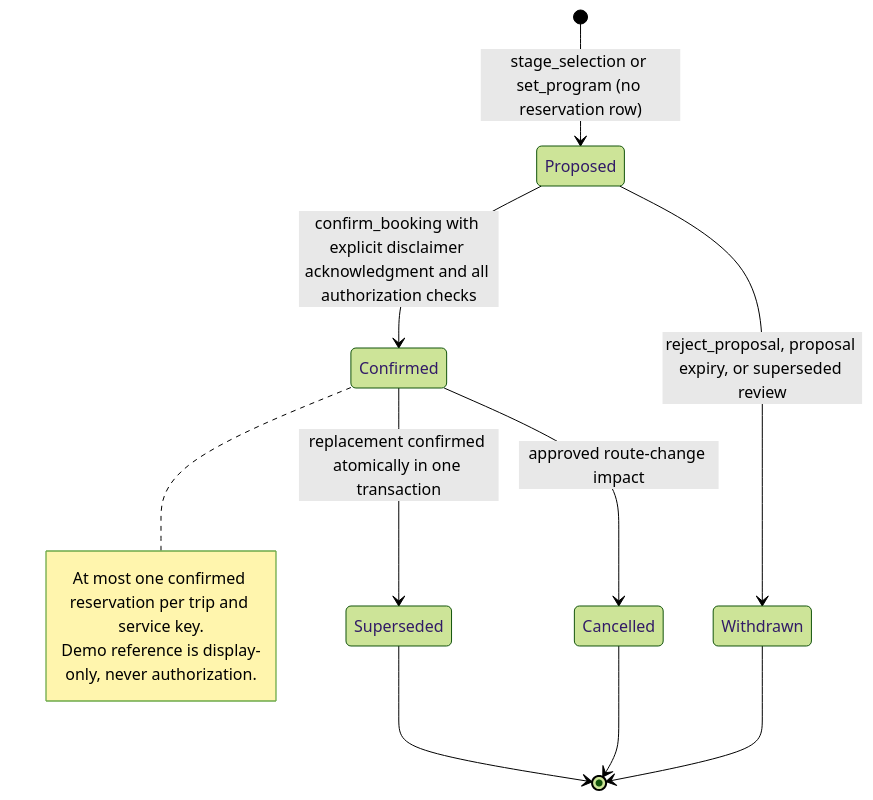
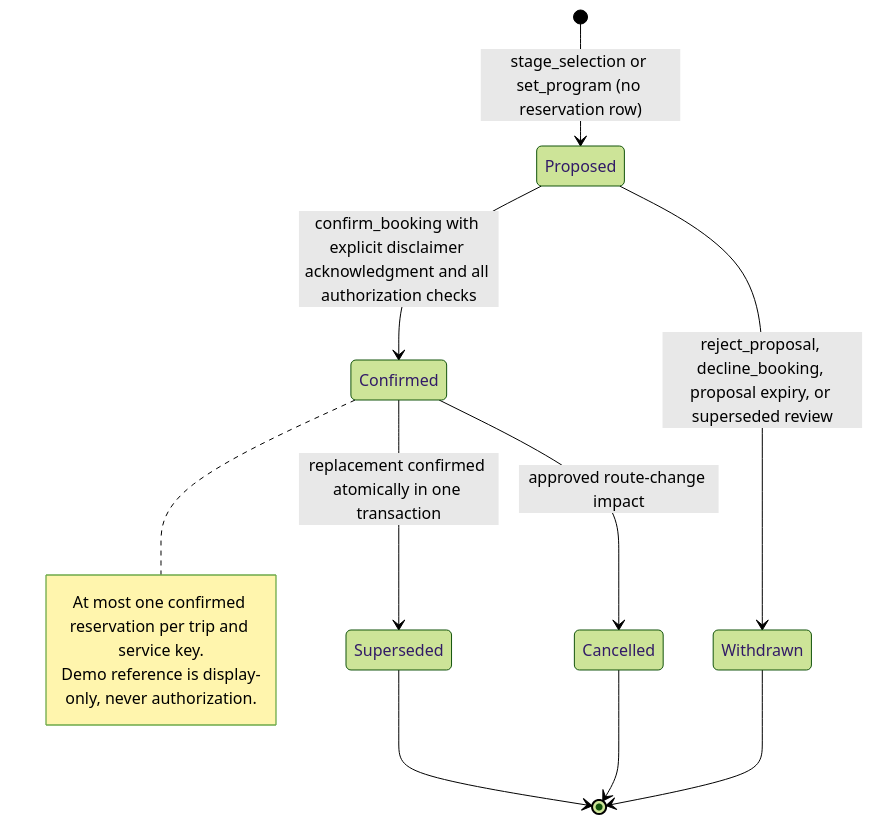
The diagram in docs/planning/09-booking-simulation.md (mrstikal/one-day-flight-trip-langgraph), drawn with Mermaid (forest theme) before and after one commit. The commit also changed other lines of this file and 48 other files, not shown here.

````diff
--- a/docs/planning/09-booking-simulation.md
+++ b/docs/planning/09-booking-simulation.md
@@ -50,15 +52,15 @@
 ```mermaid
 stateDiagram-v2
     [*] --> Proposed: stage_selection or set_program (no reservation row)
-    Proposed --> Withdrawn: reject_proposal, proposal expiry, or superseded review
+    Proposed --> Withdrawn: reject_proposal, decline_booking, proposal expiry, or superseded review
     Proposed --> Confirmed: confirm_booking with explicit disclaimer acknowledgment and all authorization checks
     Confirmed --> Superseded: replacement confirmed atomically in one transaction
     Confirmed --> Cancelled: approved route-change impact
     Superseded --> [*]
     Cancelled --> [*]
     Withdrawn --> [*]
     note right of Confirmed
         At most one confirmed reservation per trip and service key.
         Demo reference is display-only, never authorization.
     end note
 ```
````
